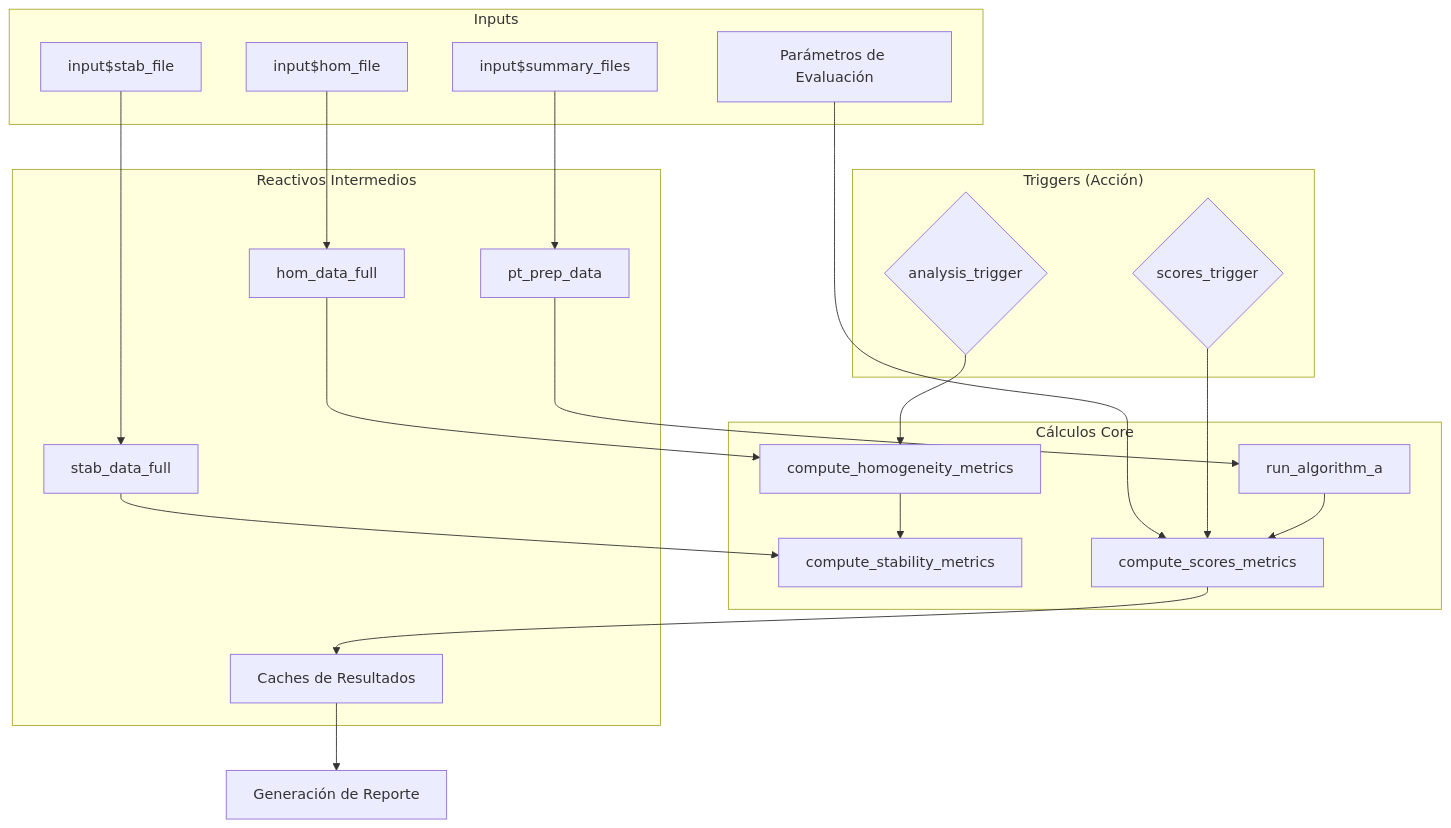
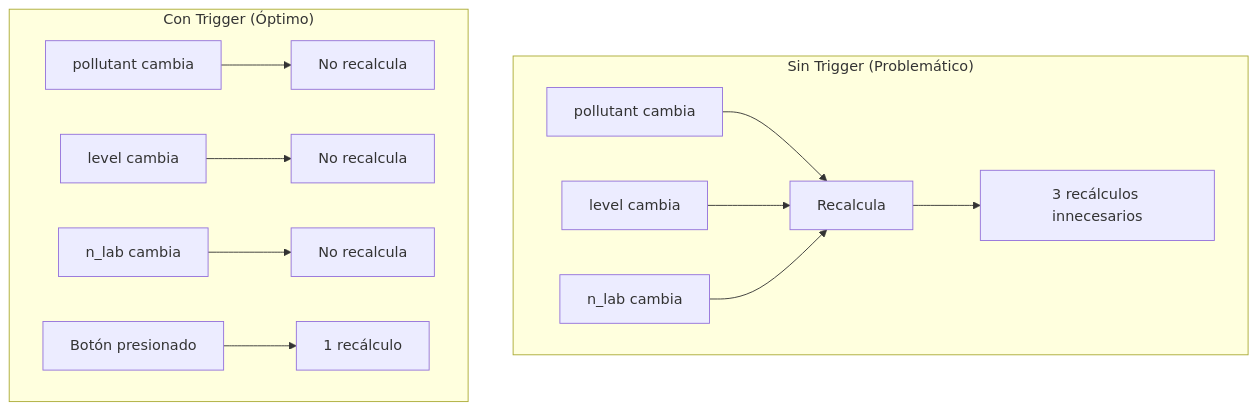
Before and after one commit to willl182/pt_app: the ninth of 10 diagrams in entregas/E6_logica_negocio/dependencias_reactivas.md, drawn with Mermaid. The commit also changed other lines of this file and 32 other files, not shown here.

````diff
--- a/entregas/E6_logica_negocio/dependencias_reactivas.md
+++ b/entregas/E6_logica_negocio/dependencias_reactivas.md
@@ -5,42 +390,16 @@
 ```mermaid
 graph TD
-    subgraph Inputs
-        H_file[input$hom_file]
-        S_file[input$stab_file]
-        Sum_files[input$summary_files]
-        Params[Parámetros de Evaluación]
+    subgraph "Sin Trigger (Problemático)"
+        A1[pollutant cambia] --> B1[Recalcula]
+        A2[level cambia] --> B1
+        A3[n_lab cambia] --> B1
+        B1 --> C1[3 recálculos innecesarios]
     end
-
-    subgraph "Reactivos Intermedios"
-        H_data[hom_data_full]
-        S_data[stab_data_full]
-        P_data[pt_prep_data]
-        Cache[Caches de Resultados]
+    
+    subgraph "Con Trigger (Óptimo)"
+        A4[pollutant cambia] --> X1[No recalcula]
+        A5[level cambia] --> X2[No recalcula]
+        A6[n_lab cambia] --> X3[No recalcula]
+        A7[Botón presionado] --> B2[1 recálculo]
     end
-
-    subgraph "Triggers (Acción)"
-        Ana_Trig{analysis_trigger}
-        Score_Trig{scores_trigger}
-    end
-
-    subgraph "Cálculos Core"
-        Hom_M[compute_homogeneity_metrics]
-        Stab_M[compute_stability_metrics]
-        AlgoA[run_algorithm_a]
-        Scores_M[compute_scores_metrics]
-    end
-
-    %% Relaciones
-    H_file --> H_data
-    S_file --> S_data
-    Sum_files --> P_data
-    
-    H_data & Ana_Trig --> Hom_M
-    Hom_M & S_data --> Stab_M
-    
-    P_data --> AlgoA
-    AlgoA & Score_Trig & Params --> Scores_M
-    
-    Scores_M --> Cache
-    Cache --> Report[Generación de Reporte]
 ```
````
